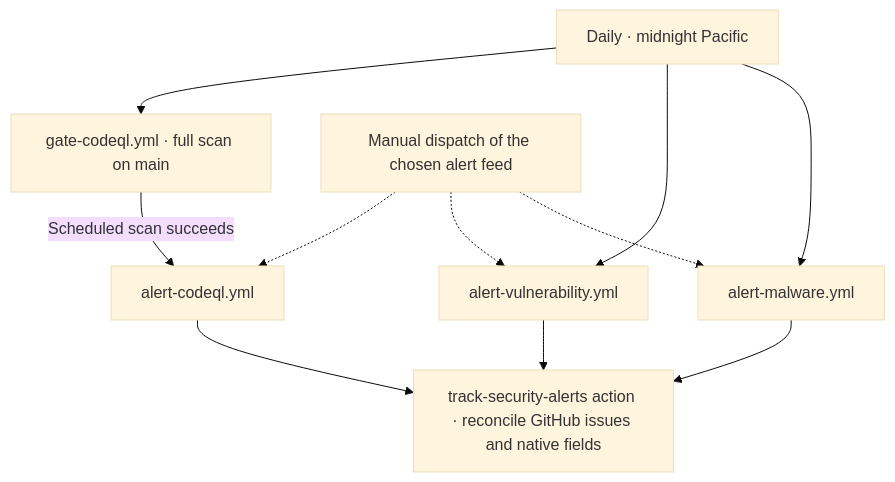
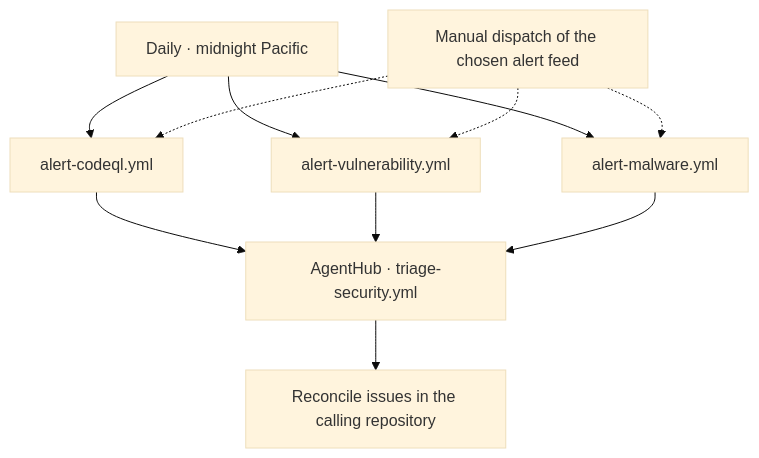
One commit to VanillaIceCube/JudeAndrewAlabaInfrastructure changed the third of 4 diagrams in .github/workflows/README.md. Above: the diagram before and after it, drawn with Mermaid (base theme). The commit also changed other lines of this file and 115 other files, not shown here.

````diff
--- a/.github/workflows/README.md
+++ b/.github/workflows/README.md
@@ -83,9 +110,9 @@
 ```mermaid
 flowchart TD
-    D["Daily · midnight Pacific"] --> Q["gate-codeql.yml · full scan on main"]
-    Q -->|"Scheduled scan succeeds"| C["alert-codeql.yml"]
+    D["Daily · midnight Pacific"] --> C["alert-codeql.yml"]
     D --> V["alert-vulnerability.yml"]
     D --> M["alert-malware.yml"]
     MANUAL["Manual dispatch of the chosen alert feed"] -.-> C & V & M
-    C & V & M --> P["track-security-alerts action · reconcile GitHub issues and native fields"]
+    C & V & M --> P["AgentHub · triage-security.yml"]
+    P --> I["Reconcile issues in the calling repository"]
 ```
````
